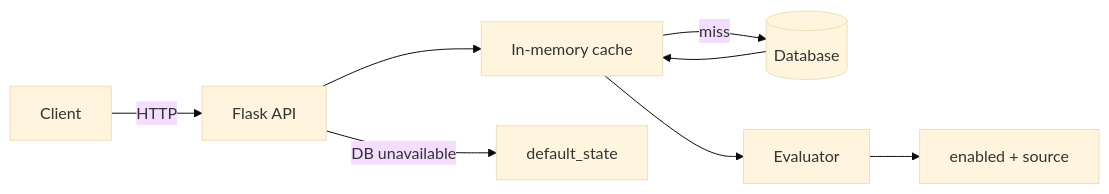
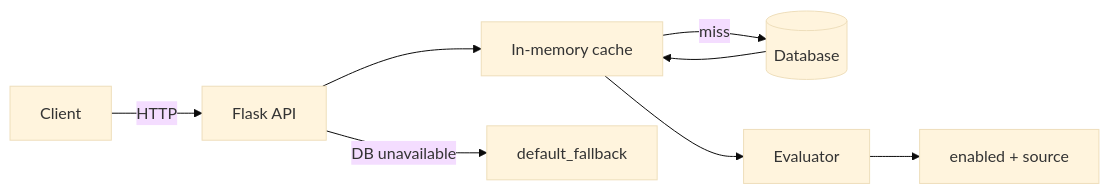
One commit to victorli7/Coding-Blitz-37 changed the diagram in README.md. Above: the diagram before and after it, drawn with Mermaid (base theme). The commit also changed other lines of this file, not shown here.

````diff
--- a/README.md
+++ b/README.md
@@ -9,10 +9,10 @@
 ```mermaid
 flowchart LR
     Client -->|HTTP| API[Flask API]
     API --> Cache[In-memory cache]
     Cache -->|miss| DB[(Database)]
     DB --> Cache
     Cache --> Eval[Evaluator]
     Eval --> Response[enabled + source]
-    API -->|DB unavailable| Fallback[default_state]
+    API -->|DB unavailable| Fallback[default_fallback]
 ```
````
